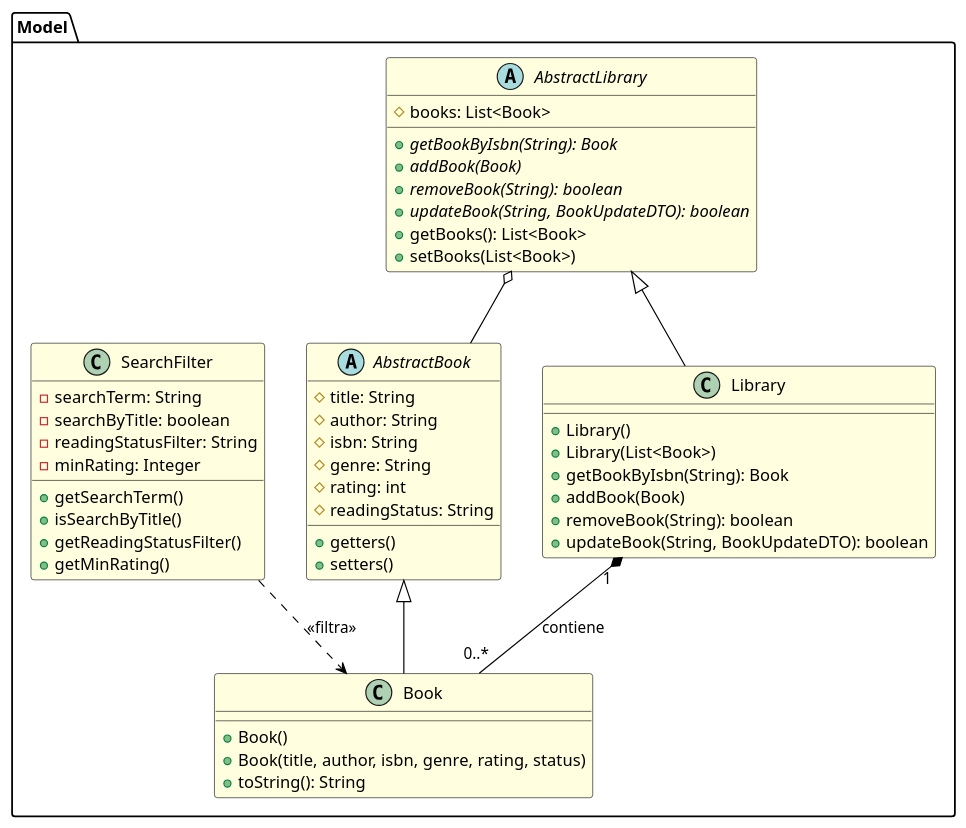
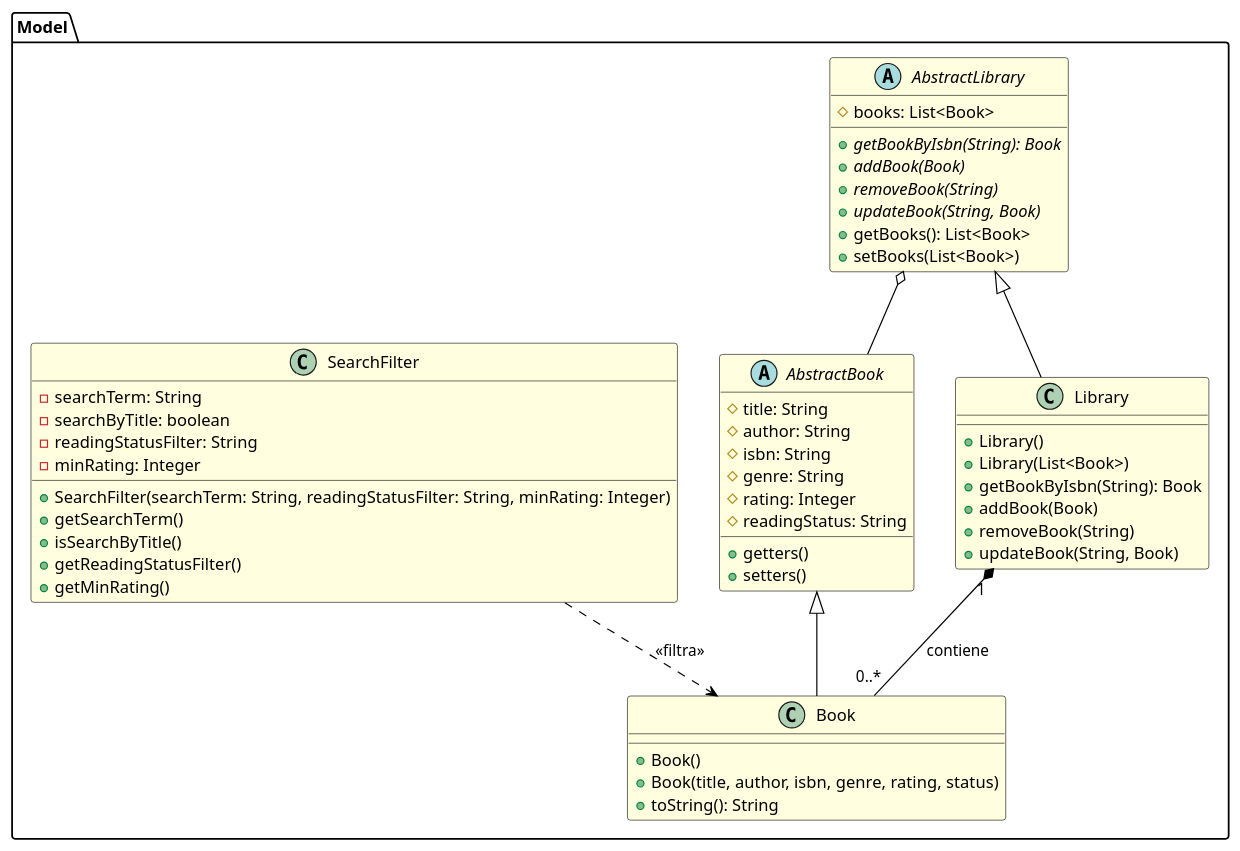
One commit to CaputoCristian/LibreriaPersonale changed the diagram in src/UML/Component/ModelComponentDiagram.puml. Above: the diagram before and after it, drawn with PlantUML. The commit also changed 16 other files, not shown here.

Commit message:
Eliminazione codice commentato, aggiornamento schemi UML

```diff
--- a/src/UML/Component/ModelComponentDiagram.puml
+++ b/src/UML/Component/ModelComponentDiagram.puml
@@ -1,67 +1,66 @@
 @startuml Model Component Diagram
 
 skinparam class {
     BackgroundColor LightYellow
     BorderColor Black
     ArrowColor Black
 }
 
 package "Model" {
     abstract class AbstractBook {
         # title: String
         # author: String
         # isbn: String
         # genre: String
-        # rating: int
+        # rating: Integer
         # readingStatus: String
         + getters()
         + setters()
     }
 
     abstract class AbstractLibrary {
         # books: List<Book>
         + {abstract} getBookByIsbn(String): Book
         + {abstract} addBook(Book)
-        + {abstract} removeBook(String): boolean
-        + {abstract} updateBook(String, BookUpdateDTO): boolean
+        + {abstract} removeBook(String)
+        + {abstract} updateBook(String, Book)
         + getBooks(): List<Book>
         + setBooks(List<Book>)
     }
 
     class Book {
         + Book()
         + Book(title, author, isbn, genre, rating, status)
         + toString(): String
     }
 
     class Library {
         + Library()
         + Library(List<Book>)
         + getBookByIsbn(String): Book
         + addBook(Book)
-        + removeBook(String): boolean
-        + updateBook(String, BookUpdateDTO): boolean
+        + removeBook(String)
+        + updateBook(String, Book)
     }
 
     class SearchFilter {
         - searchTerm: String
         - searchByTitle: boolean
         - readingStatusFilter: String
         - minRating: Integer
+        + SearchFilter(searchTerm: String, readingStatusFilter: String, minRating: Integer)
         + getSearchTerm()
         + isSearchByTitle()
         + getReadingStatusFilter()
         + getMinRating()
     }
-
-
 }
 
 ' Relazioni
 AbstractLibrary <|-- Library
 AbstractBook <|-- Book
 Library "1" *-- "0..*" Book : contiene
 SearchFilter ..> Book : << filtra >>
 AbstractLibrary o-- AbstractBook
 
 @enduml
```
